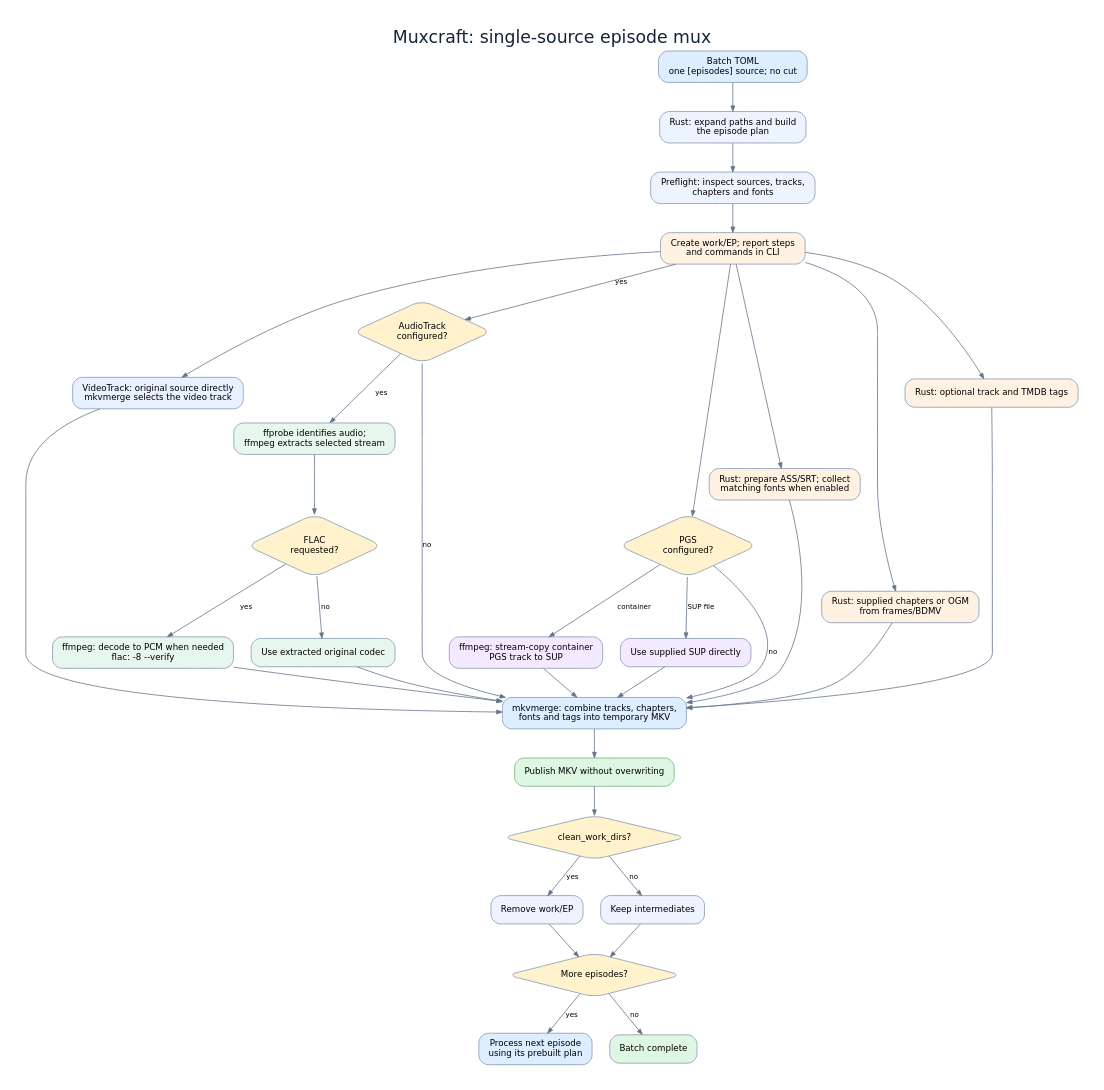
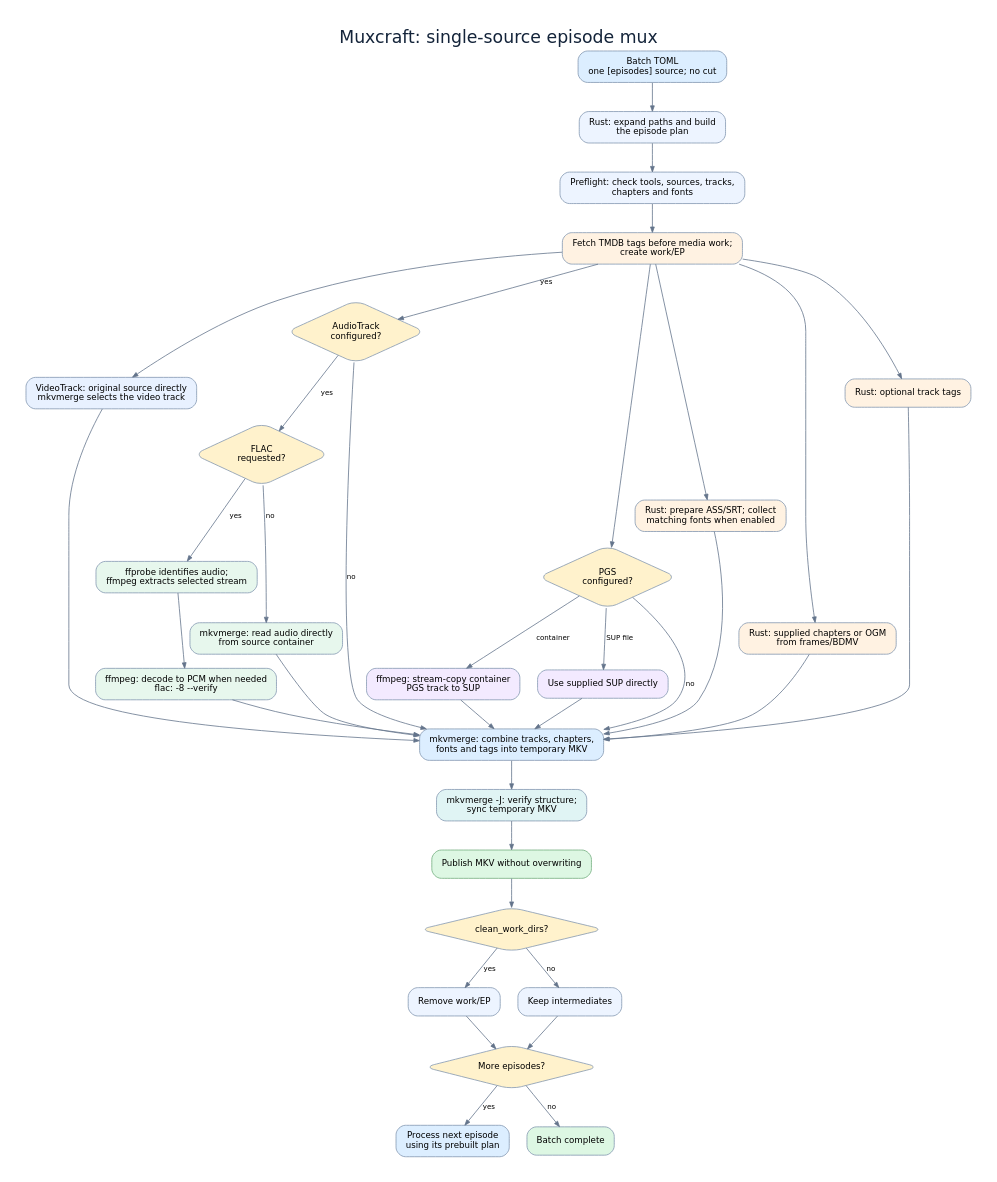
The diagram in docs/single-source-flow.dot (IncYami/muxcraft), drawn with Graphviz before and after one commit. The commit also changed 17 other files, not shown here.

```diff
--- a/docs/single-source-flow.dot
+++ b/docs/single-source-flow.dot
@@ -1,60 +1,61 @@
 digraph SingleSourceFlow {
   graph [rankdir=TB, bgcolor="white", pad="0.35", nodesep="0.3", ranksep="0.5", fontname="DejaVu Sans", label="Muxcraft: single-source episode mux", labelloc=t, fontsize=22, fontcolor="#14243a"];
   node [shape=box, style="rounded,filled", fillcolor="#edf4ff", color="#8297b0", fontname="DejaVu Sans", fontsize=11, margin="0.17,0.11"];
   edge [color="#64748b", arrowsize=0.7, fontname="DejaVu Sans", fontsize=9];
 
   toml [label="Batch TOML\none [episodes] source; no cut", fillcolor="#dceeff"];
   plan [label="Rust: expand paths and build\nthe episode plan"];
-  preflight [label="Preflight: inspect sources, tracks,\nchapters and fonts"];
-  work [label="Create work/EP; report steps\nand commands in CLI", fillcolor="#fff2e2"];
+  preflight [label="Preflight: check tools, sources, tracks,\nchapters and fonts"];
+  work [label="Fetch TMDB tags before media work;\ncreate work/EP", fillcolor="#fff2e2"];
   video [label="VideoTrack: original source directly\nmkvmerge selects the video track", fillcolor="#e8f1ff"];
   audio [shape=diamond, label="AudioTrack\nconfigured?", fillcolor="#fff2cc"];
   extract [label="ffprobe identifies audio;\nffmpeg extracts selected stream", fillcolor="#e7f7ed"];
   flac_choice [shape=diamond, label="FLAC\nrequested?", fillcolor="#fff2cc"];
   pcm [label="ffmpeg: decode to PCM when needed\nflac: -8 --verify", fillcolor="#e7f7ed"];
-  copy [label="Use extracted original codec", fillcolor="#e7f7ed"];
+  copy [label="mkvmerge: read audio directly\nfrom source container", fillcolor="#e7f7ed"];
   pgs [shape=diamond, label="PGS\nconfigured?", fillcolor="#fff2cc"];
   pgs_extract [label="ffmpeg: stream-copy container\nPGS track to SUP", fillcolor="#f3eaff"];
   pgs_direct [label="Use supplied SUP directly", fillcolor="#f3eaff"];
   subtitle [label="Rust: prepare ASS/SRT; collect\nmatching fonts when enabled", fillcolor="#fff2e2"];
   chapter [label="Rust: supplied chapters or OGM\nfrom frames/BDMV", fillcolor="#fff2e2"];
-  tags [label="Rust: optional track and TMDB tags", fillcolor="#fff2e2"];
+  tags [label="Rust: optional track tags", fillcolor="#fff2e2"];
   mux [label="mkvmerge: combine tracks, chapters,\nfonts and tags into temporary MKV", fillcolor="#dceeff"];
+  verify [label="mkvmerge -J: verify structure;\nsync temporary MKV", fillcolor="#e0f4f4"];
   output [label="Publish MKV without overwriting", fillcolor="#ddf7e3", color="#72ad7d"];
   clean [shape=diamond, label="clean_work_dirs?", fillcolor="#fff2cc"];
   remove [label="Remove work/EP"];
   keep [label="Keep intermediates"];
   next [shape=diamond, label="More episodes?", fillcolor="#fff2cc"];
   repeat [label="Process next episode\nusing its prebuilt plan", fillcolor="#dceeff"];
   done [label="Batch complete", fillcolor="#ddf7e3"];
 
   toml -> plan -> preflight -> work;
   work -> video;
-  work -> audio -> extract [label="yes"];
-  extract -> flac_choice;
-  flac_choice -> pcm [label="yes"];
+  work -> audio -> flac_choice [label="yes"];
+  flac_choice -> extract [label="yes"];
+  extract -> pcm;
   flac_choice -> copy [label="no"];
   work -> pgs;
   pgs -> pgs_extract [label="container"];
   pgs -> pgs_direct [label="SUP file"];
   work -> subtitle;
   work -> chapter;
   work -> tags;
   video -> mux;
   audio -> mux [label="no"];
   pcm -> mux;
   copy -> mux;
   pgs -> mux [label="no"];
   pgs_extract -> mux;
   pgs_direct -> mux;
   subtitle -> mux;
   chapter -> mux;
   tags -> mux;
-  mux -> output -> clean;
+  mux -> verify -> output -> clean;
   clean -> remove [label="yes"];
   clean -> keep [label="no"];
   remove -> next;
   keep -> next;
   next -> repeat [label="yes"];
   next -> done [label="no"];
 }
```
